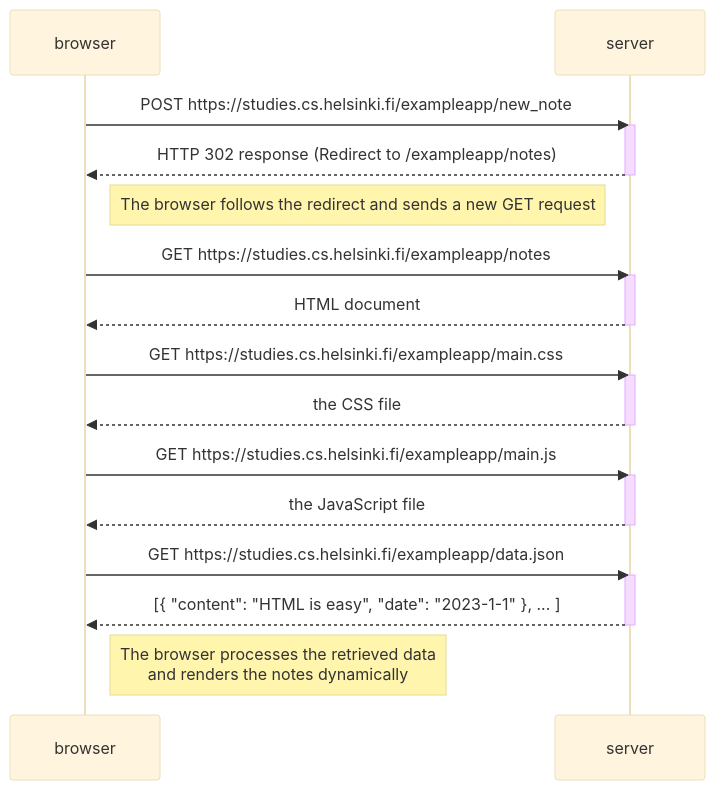
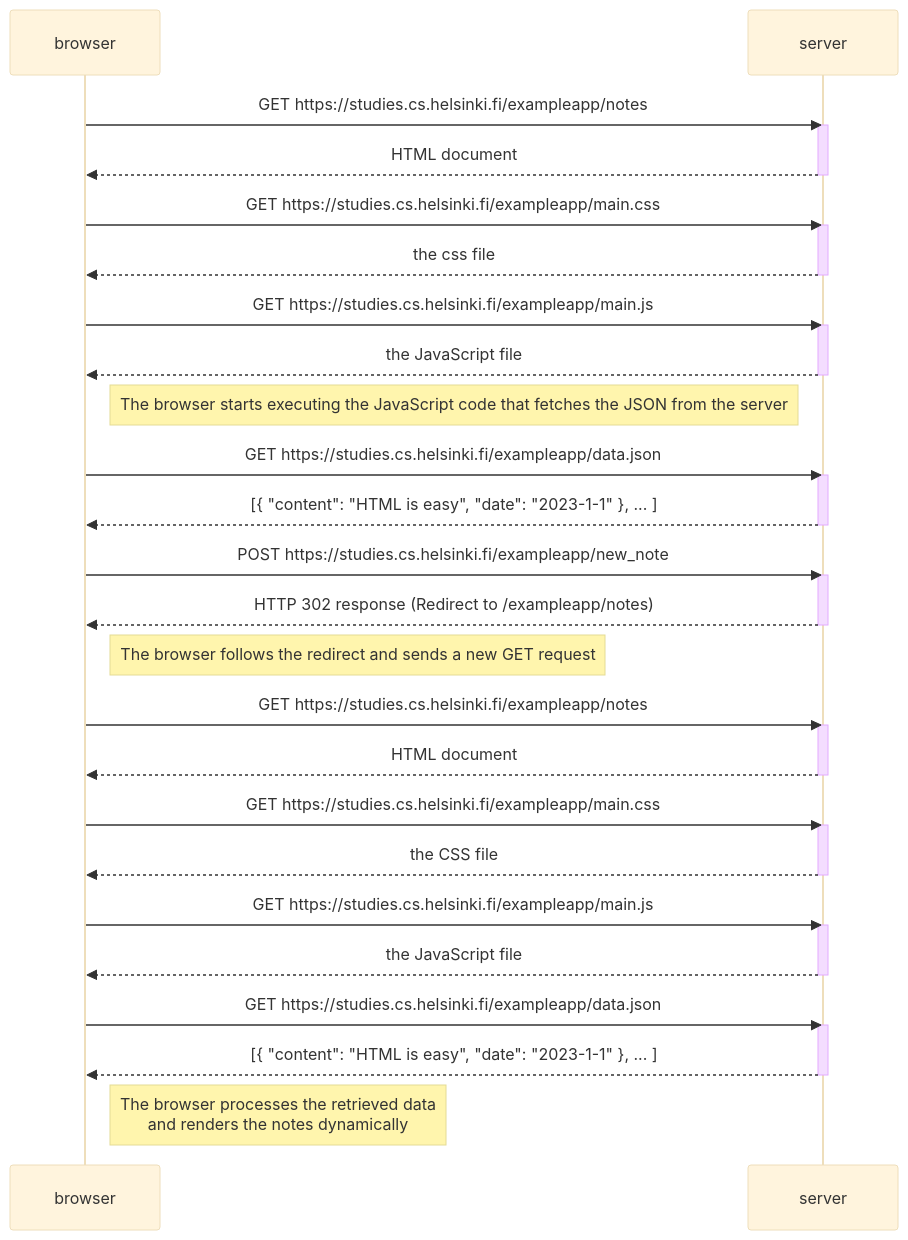
The diagram in README.md (JoacoMell0/part0.4), drawn with Mermaid (base theme) before and after one commit.

````diff
--- a/README.md
+++ b/README.md
@@ -1,33 +1,55 @@
 ```mermaid
 sequenceDiagram
+    browser->>server: GET https://studies.cs.helsinki.fi/exampleapp/notes
+    activate server
+    server-->>browser: HTML document
+    deactivate server
+
+    browser->>server: GET https://studies.cs.helsinki.fi/exampleapp/main.css
+    activate server
+    server-->>browser: the css file
+    deactivate server
+
+    browser->>server: GET https://studies.cs.helsinki.fi/exampleapp/main.js
+    activate server
+    server-->>browser: the JavaScript file
+    deactivate server
+
+    Note right of browser: The browser starts executing the JavaScript code that fetches the JSON from the server
+
+    browser->>server: GET https://studies.cs.helsinki.fi/exampleapp/data.json
+    activate server
+    server-->>browser: [{ "content": "HTML is easy", "date": "2023-1-1" }, ... ]
+    deactivate server
+    
     browser->>server: POST https://studies.cs.helsinki.fi/exampleapp/new_note
     activate server
     server-->>browser: HTTP 302 response (Redirect to /exampleapp/notes)
     deactivate server
 
     Note right of browser: The browser follows the redirect and sends a new GET request
 
     browser->>server: GET https://studies.cs.helsinki.fi/exampleapp/notes
     activate server
     server-->>browser: HTML document
     deactivate server
 
     browser->>server: GET https://studies.cs.helsinki.fi/exampleapp/main.css
     activate server
     server-->>browser: the CSS file
     deactivate server
 
     browser->>server: GET https://studies.cs.helsinki.fi/exampleapp/main.js
     activate server
     server-->>browser: the JavaScript file
     deactivate server
 
     browser->>server: GET https://studies.cs.helsinki.fi/exampleapp/data.json
     activate server
     server-->>browser: [{ "content": "HTML is easy", "date": "2023-1-1" }, ... ]
     deactivate server
 
     Note right of browser: The browser processes the retrieved data<br>and renders the notes dynamically
 
 
 ```
````
